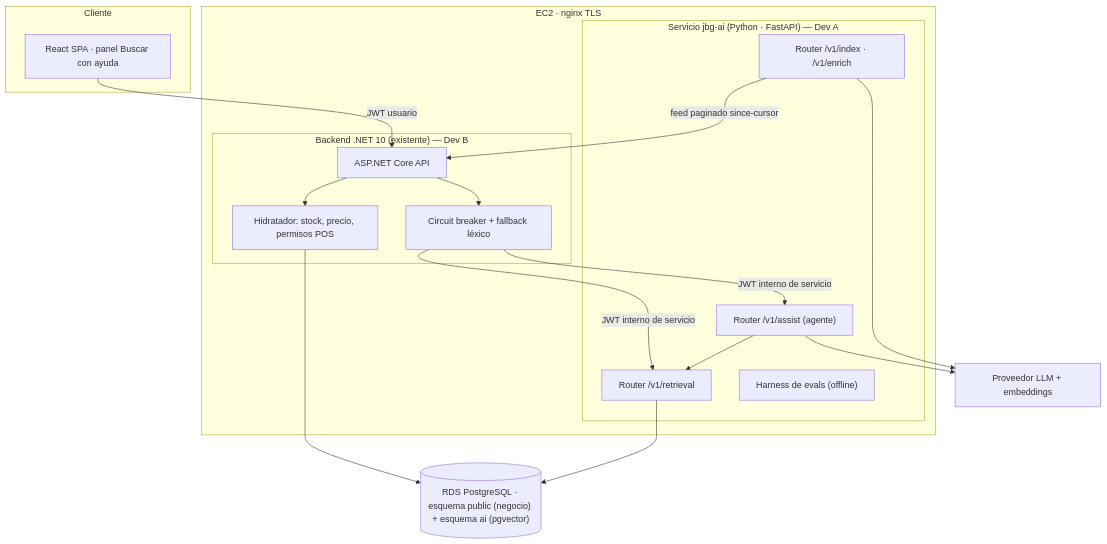
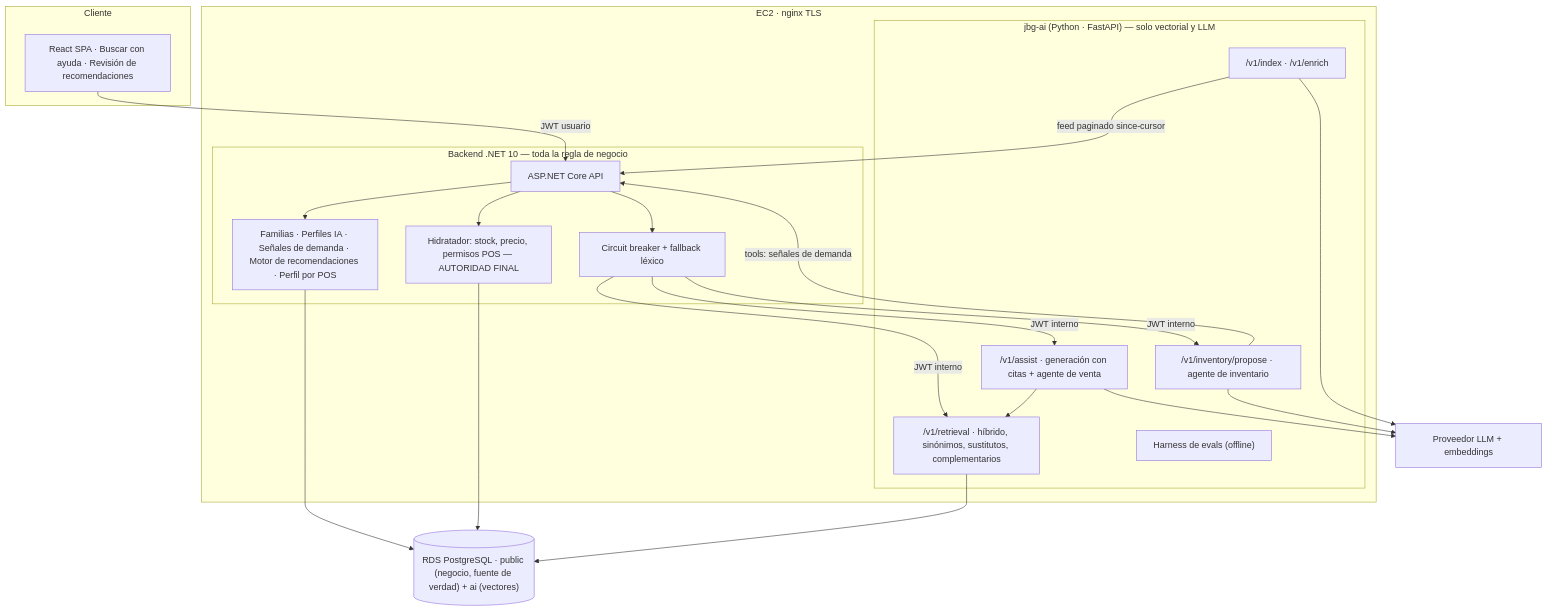
One commit to skydr4g0n-it/joiabagur-pv changed the diagram in Documentos/Proyecto Final AIEng/proyecto-final-diseno-rag-joiabagur.md. Above: the diagram before and after it, drawn with Mermaid. The commit also changed other lines of this file and 3 other files, not shown here.

````diff
--- a/Documentos/Proyecto Final AIEng/proyecto-final-diseno-rag-joiabagur.md
+++ b/Documentos/Proyecto Final AIEng/proyecto-final-diseno-rag-joiabagur.md
@@ -146,35 +153,42 @@
 ```mermaid
 flowchart TB
     subgraph cliente["Cliente"]
-        SPA["React SPA · panel Buscar con ayuda"]
+        SPA["React SPA · Buscar con ayuda · Revisión de recomendaciones"]
     end
 
     subgraph ec2["EC2 · nginx TLS"]
-        subgraph net["Backend .NET 10 (existente) — Dev B"]
+        subgraph net["Backend .NET 10 — toda la regla de negocio"]
             API["ASP.NET Core API"]
-            HYD["Hidratador: stock, precio, permisos POS"]
+            BIZ["Familias · Perfiles IA · Señales de demanda · Motor de recomendaciones · Perfil por POS"]
+            HYD["Hidratador: stock, precio, permisos POS — AUTORIDAD FINAL"]
             CB["Circuit breaker + fallback léxico"]
         end
-        subgraph py["Servicio jbg-ai (Python · FastAPI) — Dev A"]
-            R1["Router /v1/retrieval"]
-            R2["Router /v1/assist (agente)"]
-            R3["Router /v1/index · /v1/enrich"]
+        subgraph py["jbg-ai (Python · FastAPI) — solo vectorial y LLM"]
+            R1["/v1/retrieval · híbrido, sinónimos, sustitutos, complementarios"]
+            R2["/v1/assist · generación con citas + agente de venta"]
+            R3["/v1/inventory/propose · agente de inventario"]
+            R4["/v1/index · /v1/enrich"]
             EV["Harness de evals (offline)"]
         end
     end
 
-    DB[("RDS PostgreSQL · esquema public (negocio) + esquema ai (pgvector)")]
+    DB[("RDS PostgreSQL · public (negocio, fuente de verdad) + ai (vectores)")]
     LLM["Proveedor LLM + embeddings"]
 
     SPA -->|JWT usuario| API
     API --> CB
-    CB -->|JWT interno de servicio| R1
-    CB -->|JWT interno de servicio| R2
-    R3 -->|feed paginado since-cursor| API
+    CB -->|JWT interno| R1
+    CB -->|JWT interno| R2
+    CB -->|JWT interno| R3
+    R4 -->|feed paginado since-cursor| API
+    R3 -->|tools: señales de demanda| API
+    API --> BIZ
+    BIZ --> DB
     API --> HYD
     HYD --> DB
     R1 --> DB
     R2 --> R1
     R2 --> LLM
     R3 --> LLM
+    R4 --> LLM
 ```
````
